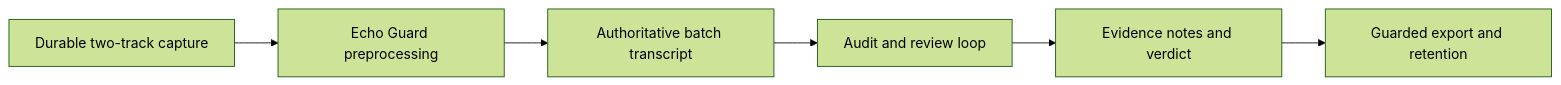
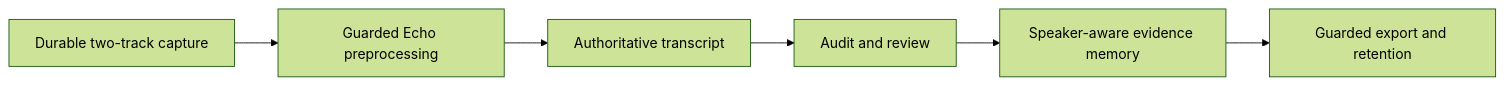
One commit to asukhodko/murmurmark changed the first of 2 diagrams in docs/roadmap/murmurmark-cli-roadmap.md. Above: the diagram before and after it, drawn with Mermaid (forest theme). The commit also changed other lines of this file and 21 other files, not shown here.

````diff
--- a/docs/roadmap/murmurmark-cli-roadmap.md
+++ b/docs/roadmap/murmurmark-cli-roadmap.md
@@ -23,11 +43,11 @@
 ```mermaid
 flowchart LR
     C["Durable two-track capture"]
-    E["Echo Guard preprocessing"]
-    T["Authoritative batch transcript"]
-    R["Audit and review loop"]
-    N["Evidence notes and verdict"]
+    E["Guarded Echo preprocessing"]
+    T["Authoritative transcript"]
+    R["Audit and review"]
+    M["Speaker-aware evidence memory"]
     X["Guarded export and retention"]
 
-    C --> E --> T --> R --> N --> X
+    C --> E --> T --> R --> M --> X
 ```
````
